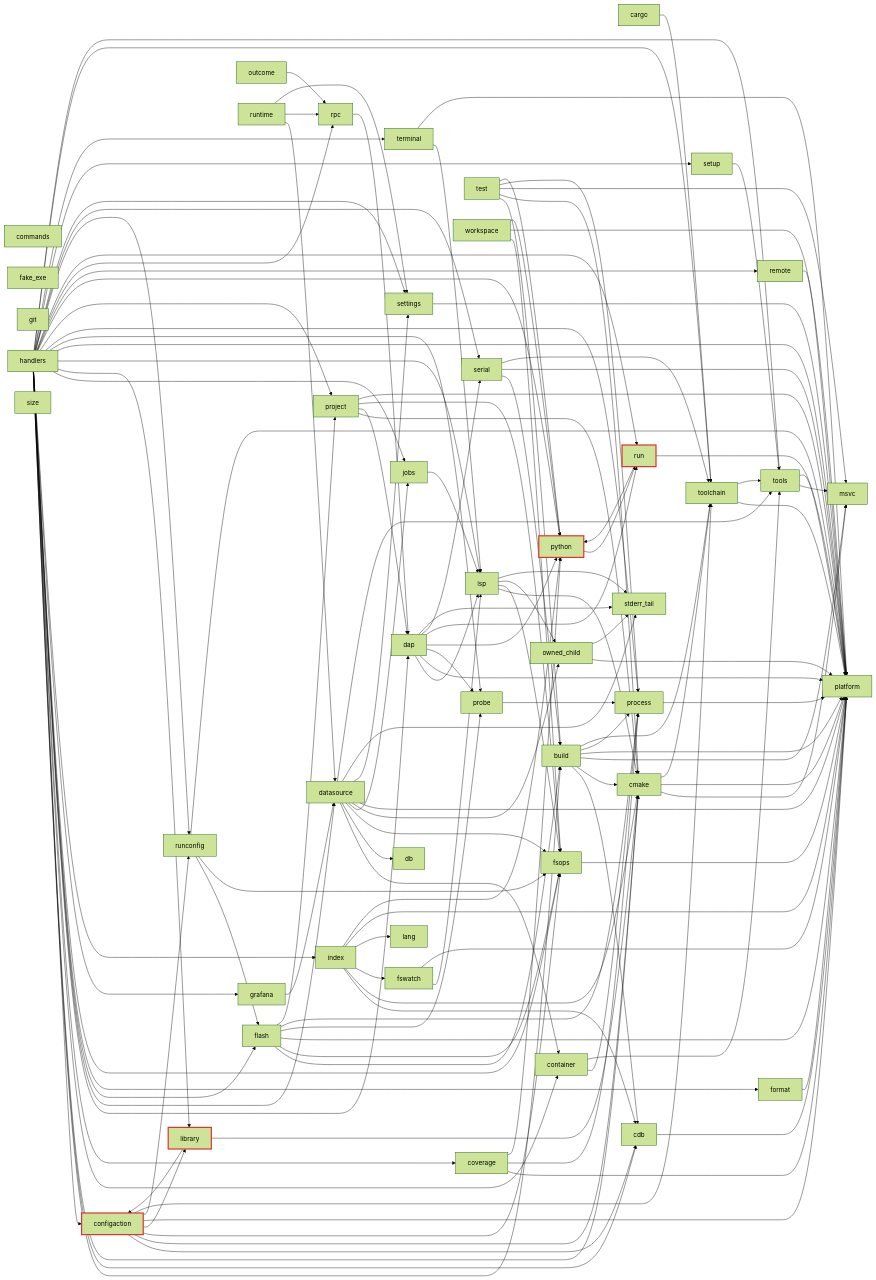
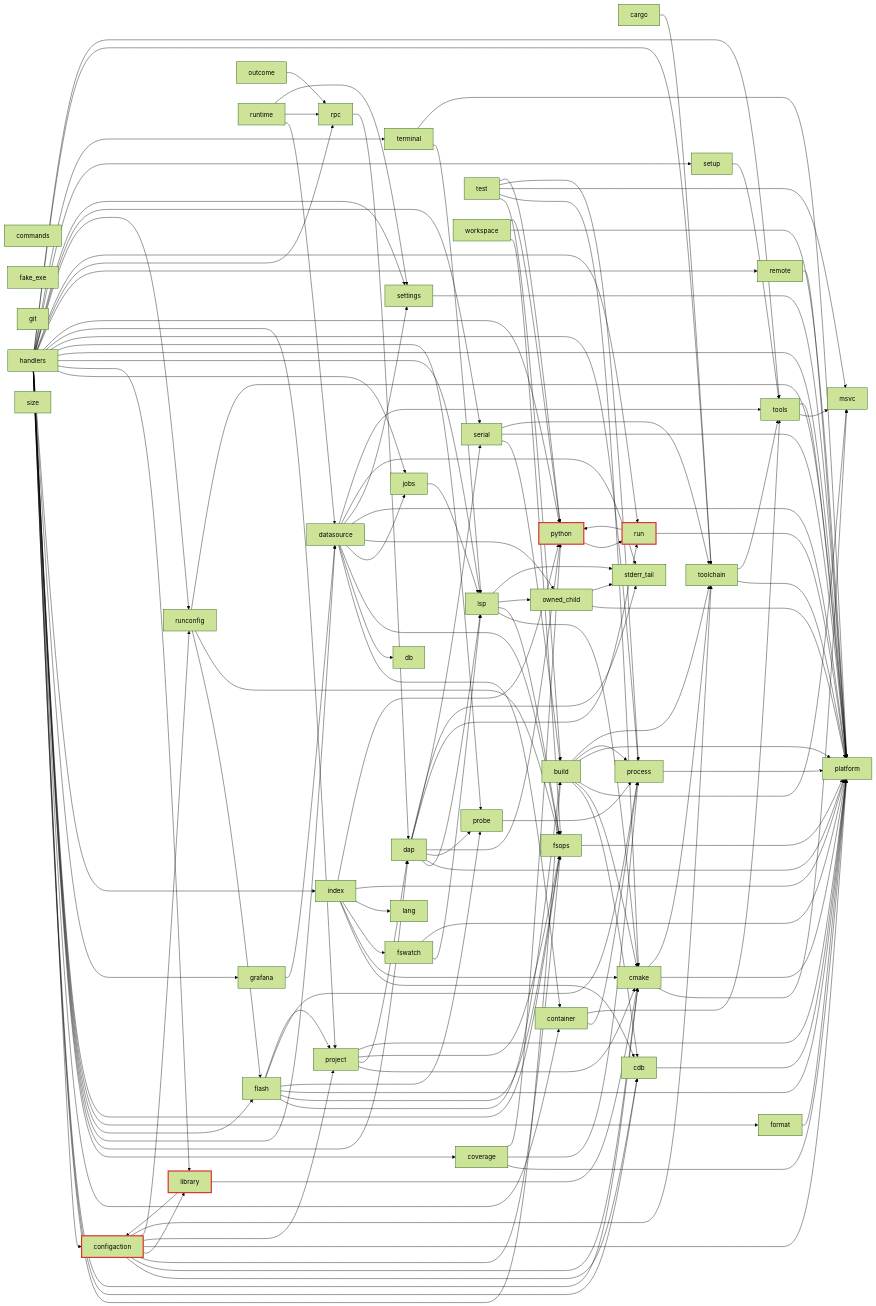
The third of 16 diagrams in DocsPublic/arquitetura/01-mapa-de-modulos.md (ViktorWalde/KineinVectis), drawn with Mermaid (forest theme) before and after one commit. The commit also changed other lines of this file and 12 other files, not shown here.

```diff
--- a/DocsPublic/arquitetura/01-mapa-de-modulos.md
+++ b/DocsPublic/arquitetura/01-mapa-de-modulos.md
@@ -156,6 +156,7 @@
   n_core_configaction --> n_core_fsops
   n_core_configaction --> n_core_library
   n_core_configaction --> n_core_platform
+  n_core_configaction --> n_core_project
   n_core_configaction --> n_core_runconfig
   n_core_configaction --> n_core_toolchain
   n_core_container --> n_core_process
```
